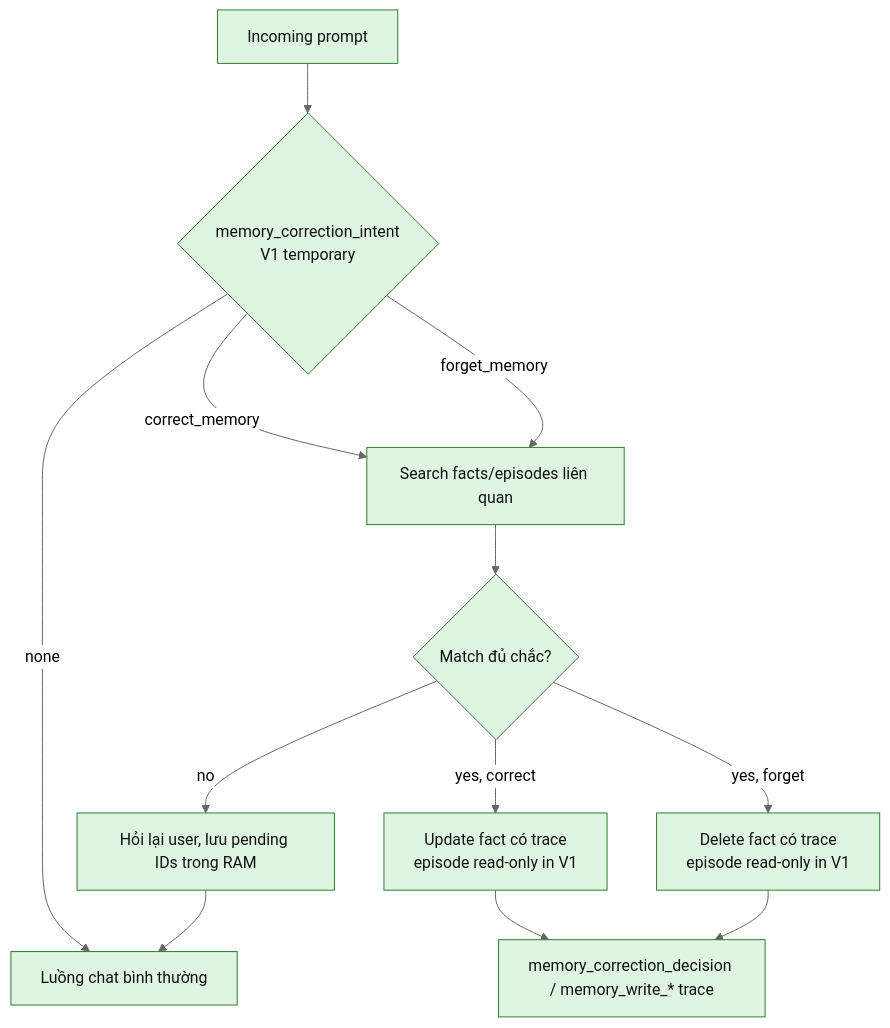
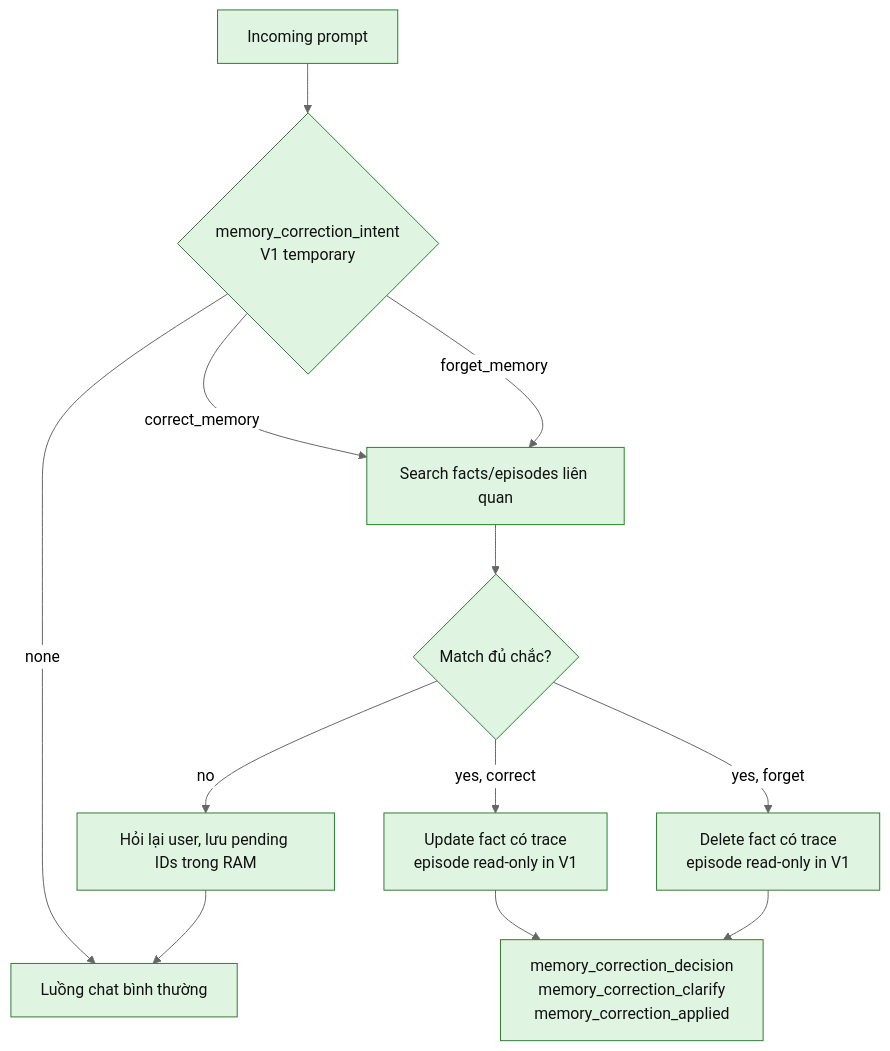
One commit to LuongAnh1/Niko_Agent changed the sixth of 7 diagrams in docs/memory/chat-memory-architecture-flow.md. Above: the diagram before and after it, drawn with Mermaid (neutral theme). The commit also changed other lines of this file and 1 other file, not shown here.

Commit message:
docs: clarify memory correction flow

````diff
--- a/docs/memory/chat-memory-architecture-flow.md
+++ b/docs/memory/chat-memory-architecture-flow.md
@@ -205,21 +220,21 @@
 ```mermaid
 flowchart TB
     Prompt[Incoming prompt] --> Intent{memory_correction_intent<br/>V1 temporary}
     Intent -->|none| NormalFlow[Luồng chat bình thường]
     Intent -->|correct_memory| Search[Search facts/episodes liên quan]
     Intent -->|forget_memory| Search
     Search --> Confidence{Match đủ chắc?}
     Confidence -->|yes, correct| Update[Update fact có trace<br/>episode read-only in V1]
     Confidence -->|yes, forget| Delete[Delete fact có trace<br/>episode read-only in V1]
     Confidence -->|no| Clarify[Hỏi lại user, lưu pending IDs trong RAM]
 
-    Update --> Trace[memory_correction_decision / memory_write_* trace]
+    Update --> Trace[memory_correction_decision<br/>memory_correction_clarify<br/>memory_correction_applied]
     Delete --> Trace
     Clarify --> NormalFlow
 
     classDef done fill:#dff5e1,stroke:#2e7d32,color:#111;
     classDef planned fill:#fff4cc,stroke:#b7791f,color:#111;
 
     class NormalFlow done;
     class Prompt,Intent,Search,Confidence,Update,Delete,Clarify,Trace done;
 ```
````
